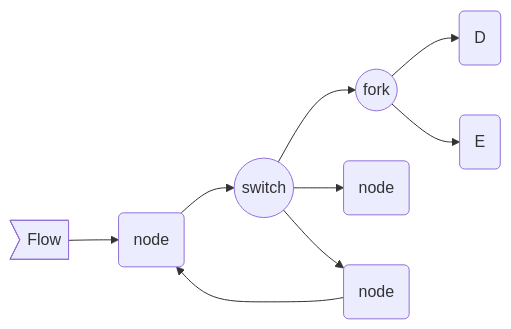
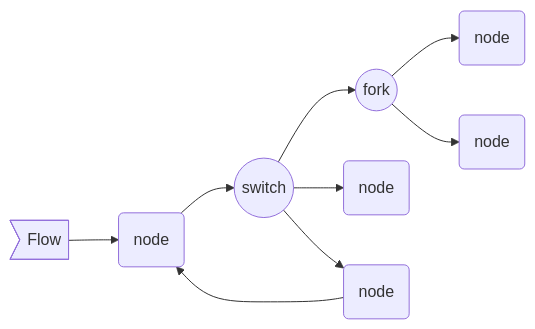
The first of 3 diagrams in README.md (ThomasAUB/uflow), drawn with Mermaid before and after one commit.

````diff
--- a/README.md
+++ b/README.md
@@ -11,13 +11,13 @@
 ```mermaid
 
 flowchart LR
  
 Flow>Flow] --> A(node) --> switch((switch))
 switch --> fork((fork))
 switch --> B(node)
 switch --> C(node)
 C --> A
-fork --> D(D)
-fork --> E(E)
+fork --> D(node)
+fork --> E(node)
 
 ```
````
